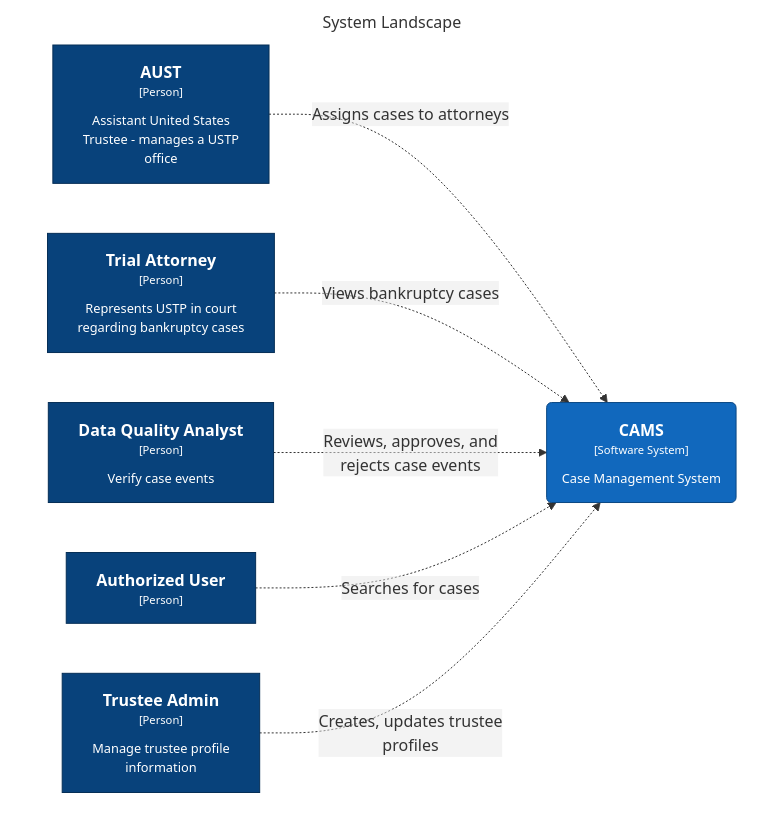
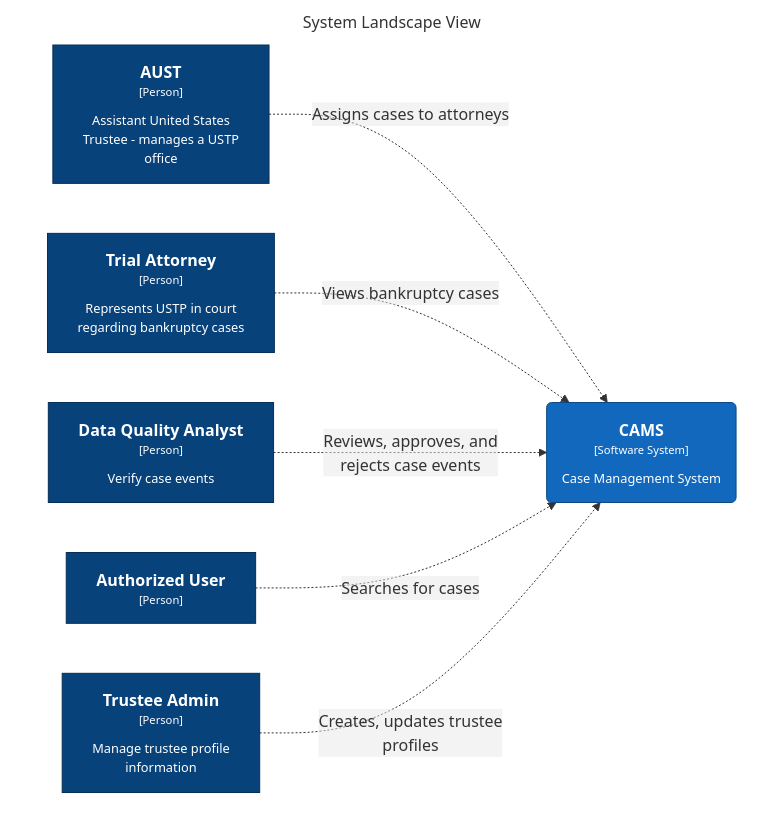
One commit to US-Trustee-Program/Bankruptcy-Oversight-Support-Systems changed the diagram in docs/architecture/diagrams/cams-context.md. Above: the diagram before and after it, drawn with Mermaid. The commit also changed 10 other files, not shown here.

First line of the commit message:
Add script to install doc tools; regen diagrams

````diff
--- a/docs/architecture/diagrams/cams-context.md
+++ b/docs/architecture/diagrams/cams-context.md
@@ -3,27 +3,28 @@
 ```mermaid
 graph TB
   linkStyle default fill:#ffffff
 
-  subgraph diagram ["System Landscape"]
+  subgraph diagram ["System Landscape View"]
     style diagram fill:#ffffff,stroke:#ffffff
 
     1["<div style='font-weight: bold'>AUST</div><div style='font-size: 70%; margin-top: 0px'>[Person]</div><div style='font-size: 80%; margin-top:10px'>Assistant United States<br />Trustee - manages a USTP<br />office</div>"]
     style 1 fill:#08427b,stroke:#052e56,color:#ffffff
     2["<div style='font-weight: bold'>Trial Attorney</div><div style='font-size: 70%; margin-top: 0px'>[Person]</div><div style='font-size: 80%; margin-top:10px'>Represents USTP in court<br />regarding bankruptcy cases</div>"]
     style 2 fill:#08427b,stroke:#052e56,color:#ffffff
     3["<div style='font-weight: bold'>Data Quality Analyst</div><div style='font-size: 70%; margin-top: 0px'>[Person]</div><div style='font-size: 80%; margin-top:10px'>Verify case events</div>"]
     style 3 fill:#08427b,stroke:#052e56,color:#ffffff
     4["<div style='font-weight: bold'>Trustee Admin</div><div style='font-size: 70%; margin-top: 0px'>[Person]</div><div style='font-size: 80%; margin-top:10px'>Manage trustee profile<br />information</div>"]
     style 4 fill:#08427b,stroke:#052e56,color:#ffffff
     5["<div style='font-weight: bold'>Authorized User</div><div style='font-size: 70%; margin-top: 0px'>[Person]</div>"]
     style 5 fill:#08427b,stroke:#052e56,color:#ffffff
     6("<div style='font-weight: bold'>CAMS</div><div style='font-size: 70%; margin-top: 0px'>[Software System]</div><div style='font-size: 80%; margin-top:10px'>Case Management System</div>")
     style 6 fill:#1168bd,stroke:#0b4884,color:#ffffff
 
     1-. "<div>Assigns cases to attorneys</div><div style='font-size: 70%'></div>" .->6
     2-. "<div>Views bankruptcy cases</div><div style='font-size: 70%'></div>" .->6
     3-. "<div>Reviews, approves, and<br />rejects case events</div><div style='font-size: 70%'></div>" .->6
     5-. "<div>Searches for cases</div><div style='font-size: 70%'></div>" .->6
     4-. "<div>Creates, updates trustee<br />profiles</div><div style='font-size: 70%'></div>" .->6
+
   end
 ```
````
